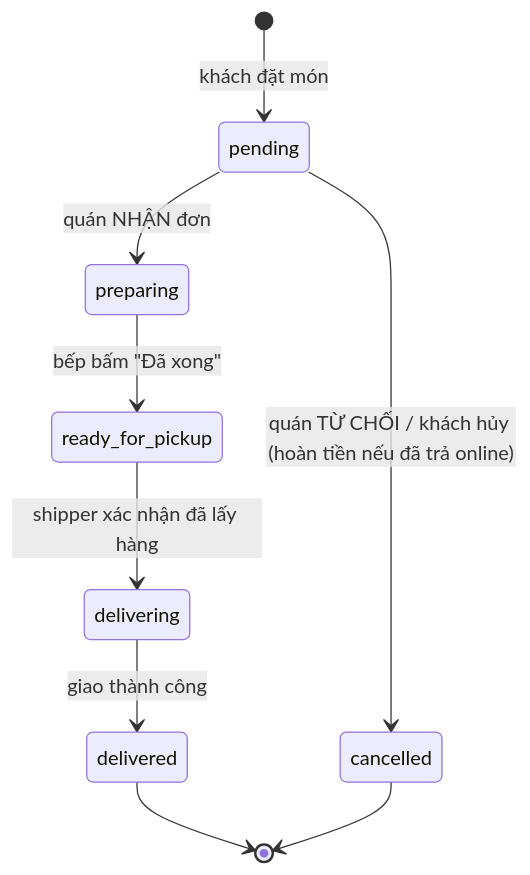
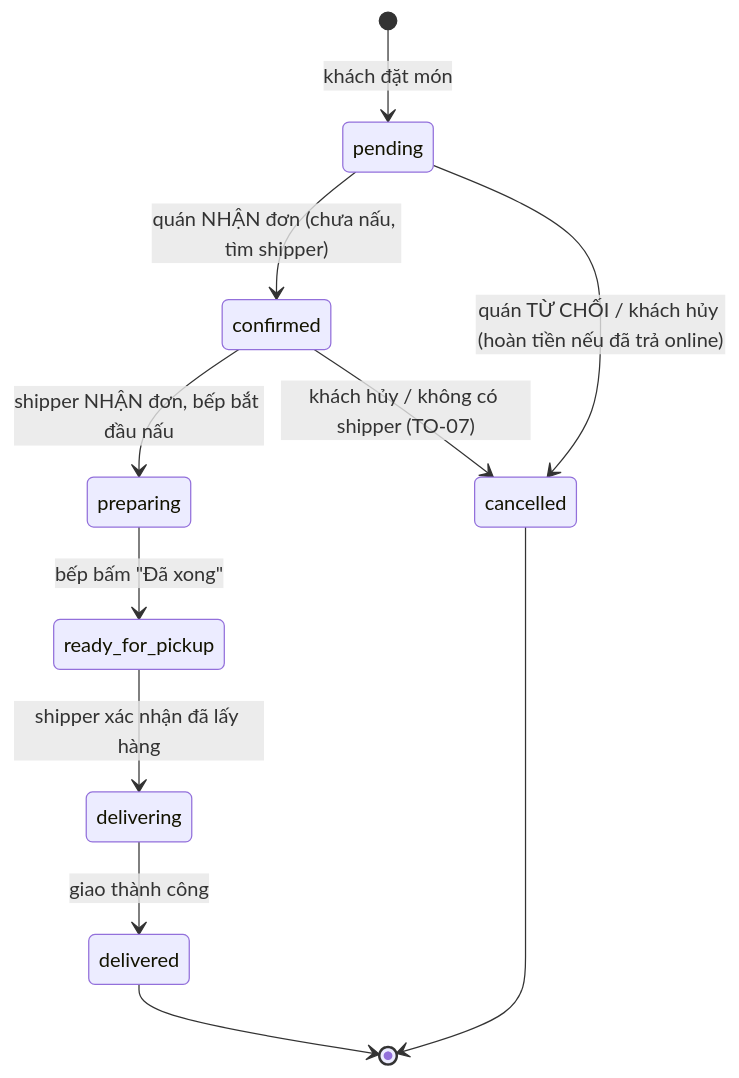
Before and after one commit to boicongnghe/food-delivery-system: the second of 2 diagrams in docs/database.md, drawn with Mermaid. The commit also changed other lines of this file and 32 other files, not shown here.

````diff
--- a/docs/database.md
+++ b/docs/database.md
@@ -109,11 +109,13 @@
 ```mermaid
 stateDiagram-v2
     [*] --> pending : khách đặt món
-    pending --> preparing : quán NHẬN đơn
+    pending --> confirmed : quán NHẬN đơn (chưa nấu, tìm shipper)
     pending --> cancelled : quán TỪ CHỐI / khách hủy (hoàn tiền nếu đã trả online)
+    confirmed --> preparing : shipper NHẬN đơn, bếp bắt đầu nấu
+    confirmed --> cancelled : khách hủy / không có shipper (TO-07)
     preparing --> ready_for_pickup : bếp bấm "Đã xong"
     ready_for_pickup --> delivering : shipper xác nhận đã lấy hàng
     delivering --> delivered : giao thành công
     delivered --> [*]
     cancelled --> [*]
 ```
````
